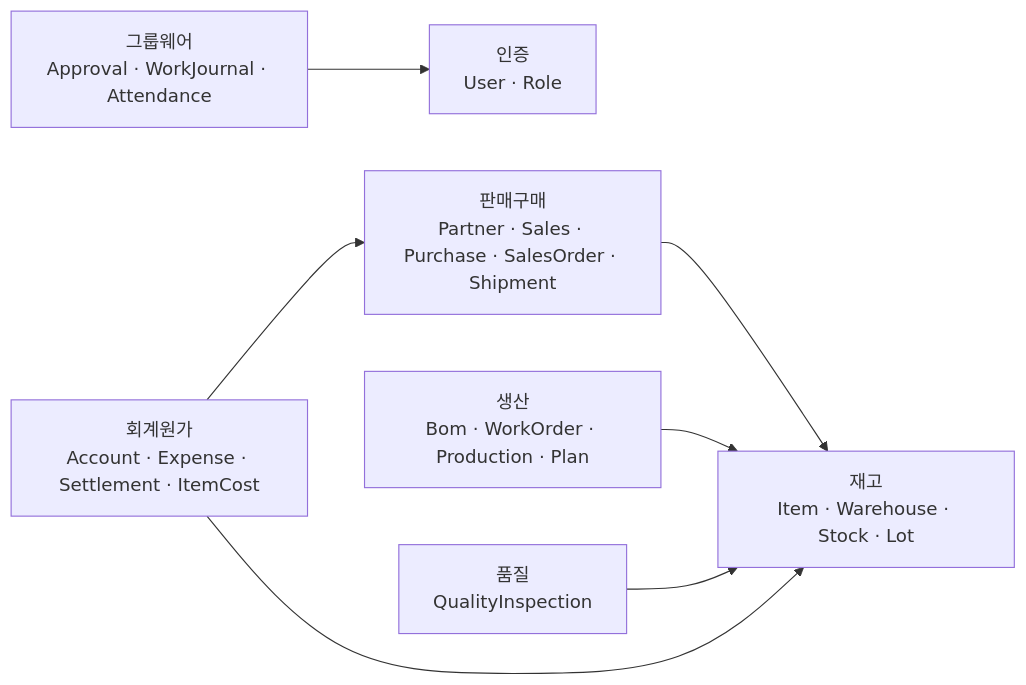
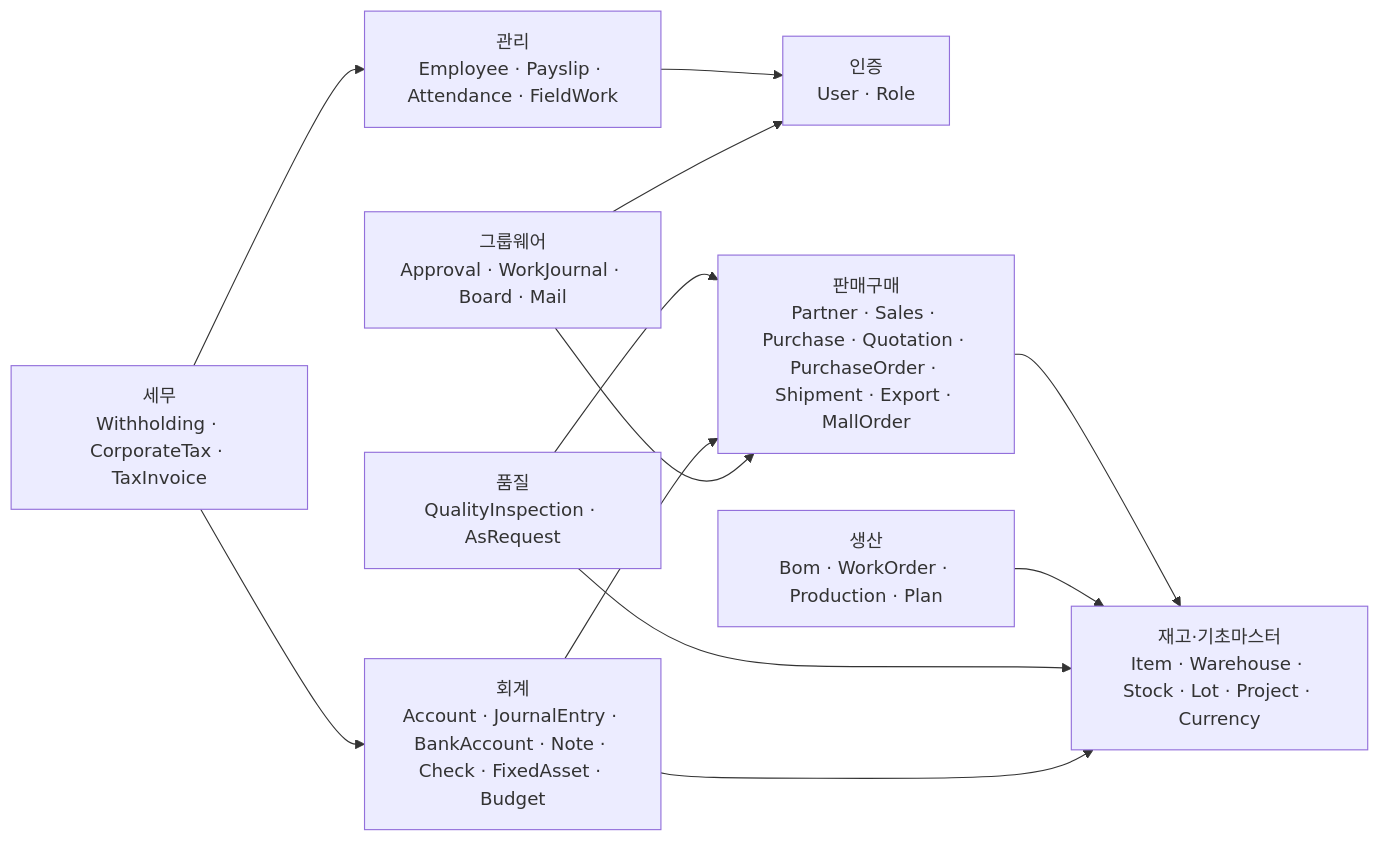
One commit to KWANHYUNKIM/industry-erp changed the first of 11 diagrams in docs/데이터-관계도.md. Above: the diagram before and after it, drawn with Mermaid. The commit also changed other lines of this file and 1 other file, not shown here.

````diff
--- a/docs/데이터-관계도.md
+++ b/docs/데이터-관계도.md
@@ -10,17 +14,24 @@
 ```mermaid
 flowchart LR
   AUTH[인증<br/>User · Role]
-  INV[재고<br/>Item · Warehouse · Stock · Lot]
-  TRADE[판매구매<br/>Partner · Sales · Purchase · SalesOrder · Shipment]
+  INV[재고·기초마스터<br/>Item · Warehouse · Stock · Lot · Project · Currency]
+  TRADE[판매구매<br/>Partner · Sales · Purchase · Quotation · PurchaseOrder · Shipment · Export · MallOrder]
   PROD[생산<br/>Bom · WorkOrder · Production · Plan]
-  QC[품질<br/>QualityInspection]
-  ACC[회계원가<br/>Account · Expense · Settlement · ItemCost]
-  GW[그룹웨어<br/>Approval · WorkJournal · Attendance]
+  QC[품질<br/>QualityInspection · AsRequest]
+  ACC[회계<br/>Account · JournalEntry · BankAccount · Note · Check · FixedAsset · Budget]
+  TAX[세무<br/>Withholding · CorporateTax · TaxInvoice]
+  HR[관리<br/>Employee · Payslip · Attendance · FieldWork]
+  GW[그룹웨어<br/>Approval · WorkJournal · Board · Mail]
 
   TRADE --> INV
   PROD --> INV
   QC --> INV
+  QC --> TRADE
   ACC --> INV
   ACC --> TRADE
+  TAX --> ACC
+  TAX --> HR
+  HR --> AUTH
   GW --> AUTH
+  GW --> TRADE
 ```
````
